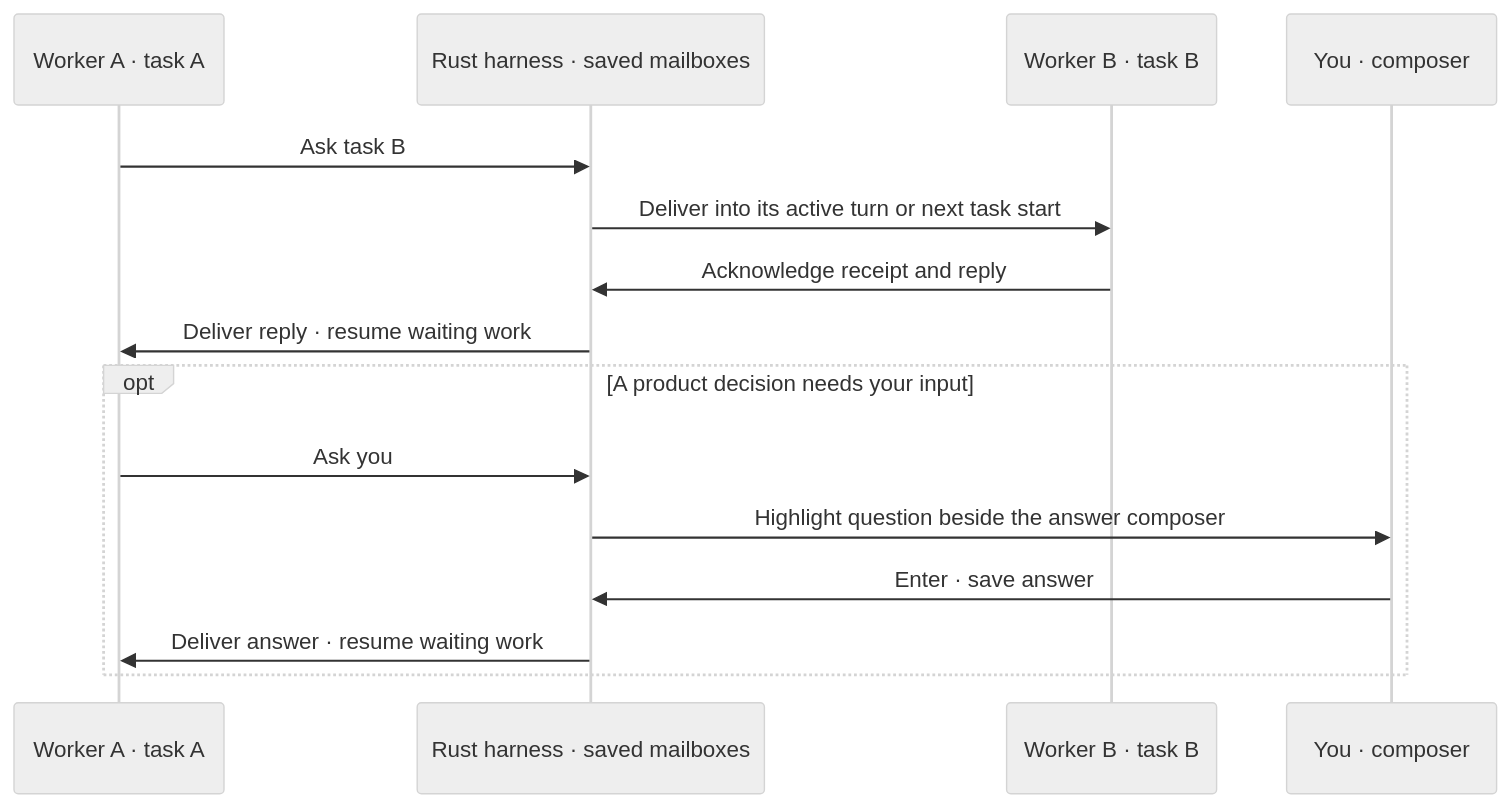
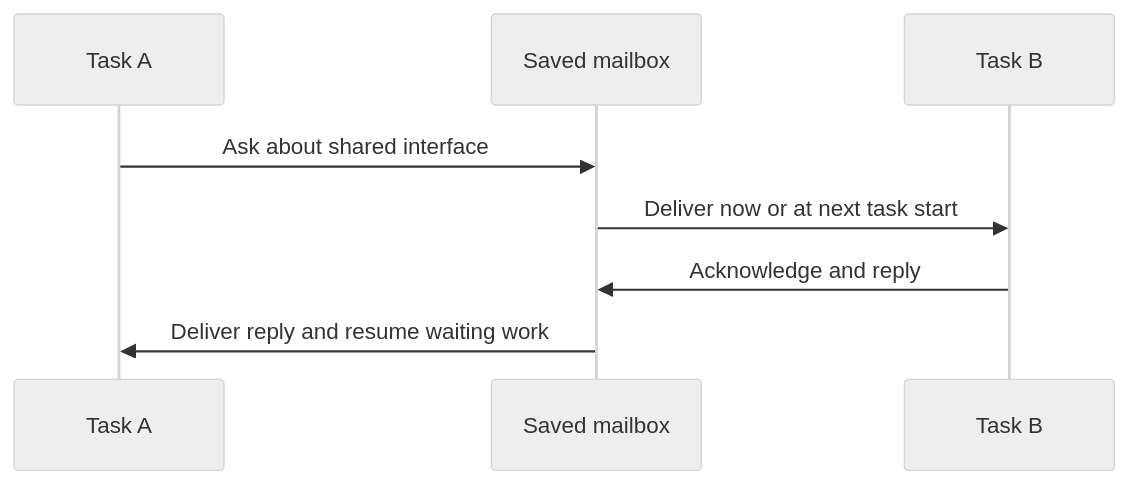
Before and after one commit to minimumeffort-dev/sprowt.harness: the diagram in docs/coordination.md, drawn with Mermaid (neutral theme). The commit also changed other lines of this file and 17 other files, not shown here.

````diff
--- a/docs/coordination.md
+++ b/docs/coordination.md
@@ -9,17 +13,10 @@
 ```mermaid
 sequenceDiagram
-    participant A as Worker A · task A
-    participant H as Rust harness · saved mailboxes
-    participant B as Worker B · task B
-    participant U as You · composer
-    A->>H: Ask task B
-    H->>B: Deliver into its active turn or next task start
-    B->>H: Acknowledge receipt and reply
-    H->>A: Deliver reply · resume waiting work
-    opt A product decision needs your input
-        A->>H: Ask you
-        H->>U: Highlight question beside the answer composer
-        U->>H: Enter · save answer
-        H->>A: Deliver answer · resume waiting work
-    end
+    participant A as Task A
+    participant H as Saved mailbox
+    participant B as Task B
+    A->>H: Ask about shared interface
+    H->>B: Deliver now or at next task start
+    B->>H: Acknowledge and reply
+    H->>A: Deliver reply and resume waiting work
 ```
````
